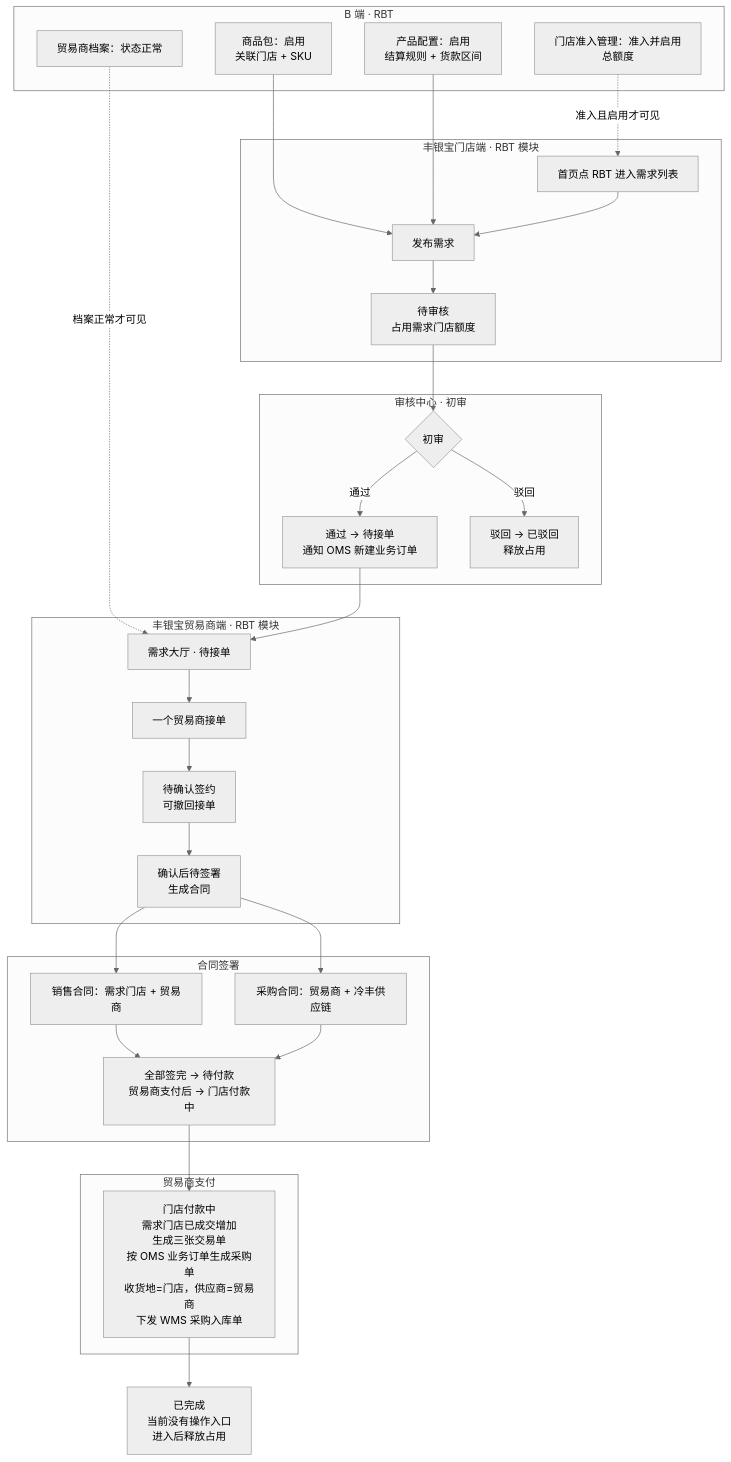
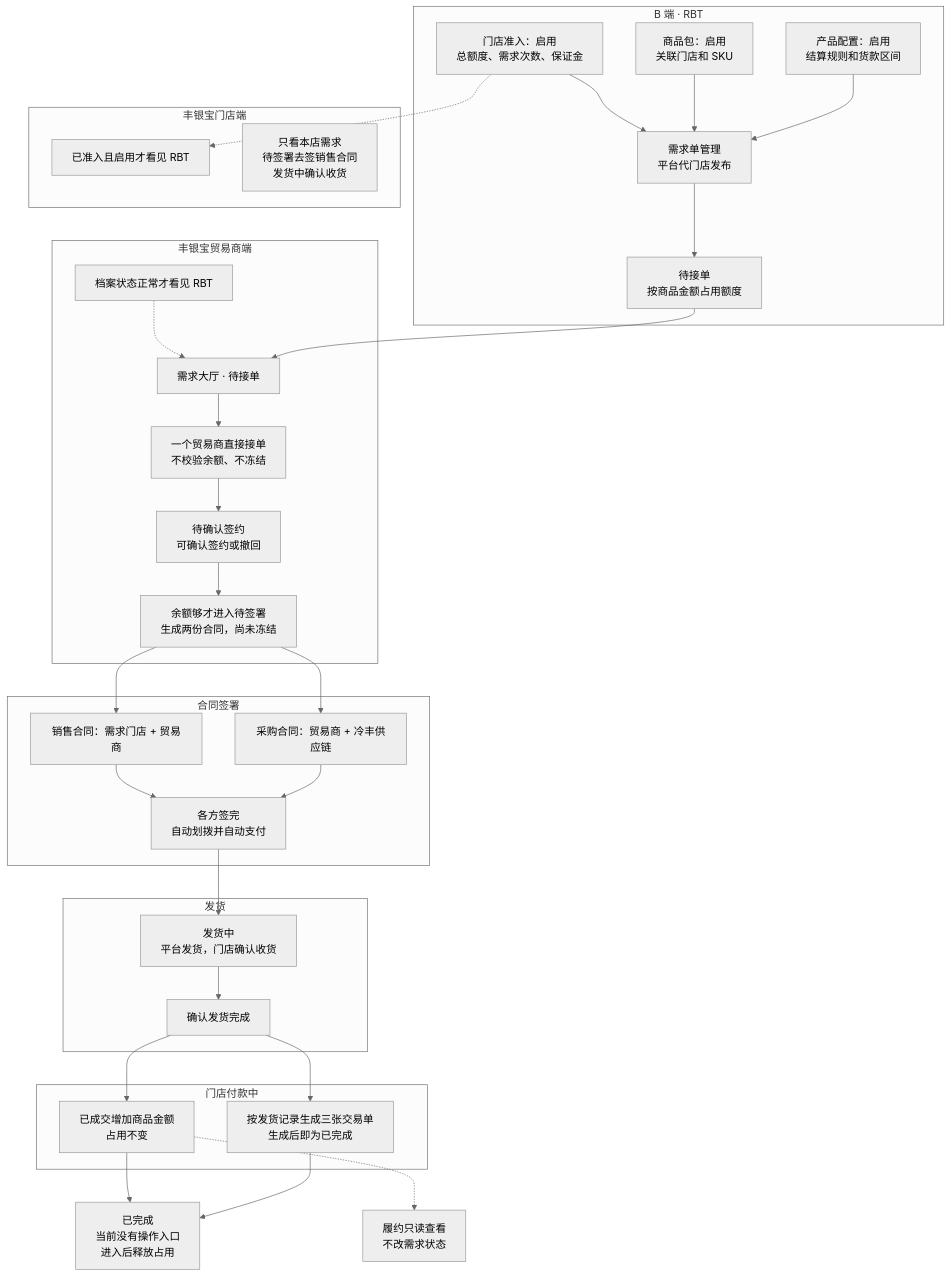
The first of 8 diagrams in RBT/docs/1-整体业务流程图.md (342-droid/LFerp), drawn with Mermaid (neutral theme) before and after one commit. The commit also changed other lines of this file and 42 other files, not shown here.

````diff
--- a/RBT/docs/1-整体业务流程图.md
+++ b/RBT/docs/1-整体业务流程图.md
@@ -15,52 +13,56 @@
 ```mermaid
 flowchart TB
   subgraph B["B 端 · RBT"]
-    A1[门店准入管理：准入并启用<br/>总额度]
-    A2[商品包：启用<br/>关联门店 + SKU]
-    A3[产品配置：启用<br/>结算规则 + 货款区间]
-    A4[贸易商档案：状态正常]
+    A1[门店准入：启用<br/>总额度、需求次数、保证金]
+    A2[商品包：启用<br/>关联门店和 SKU]
+    A3[产品配置：启用<br/>结算规则和货款区间]
+    A5[需求单管理<br/>平台代门店发布]
+    B3[待接单<br/>按商品金额占用额度]
   end
 
-  subgraph STORE["丰银宝门店端 · RBT 模块"]
-    B1[首页点 RBT 进入需求列表]
-    B2[发布需求]
-    B3[待审核<br/>占用需求门店额度]
+  subgraph STORE["丰银宝门店端"]
+    H1[已准入且启用才看见 RBT]
+    H2[只看本店需求<br/>待签署去签销售合同<br/>发货中确认收货]
   end
 
-  subgraph AUD1["审核中心 · 初审"]
-    C1{初审}
-    C2[通过 → 待接单<br/>通知 OMS 新建业务订单]
-    C3[驳回 → 已驳回<br/>释放占用]
-  end
-
-  subgraph TRADER["丰银宝贸易商端 · RBT 模块"]
+  subgraph TRADER["丰银宝贸易商端"]
+    D0[档案状态正常才看见 RBT]
     D1[需求大厅 · 待接单]
-    D2[一个贸易商接单]
-    D2b[待确认签约<br/>可撤回接单]
-    D3[确认后待签署<br/>生成合同]
+    D2[一个贸易商直接接单<br/>不校验余额、不冻结]
+    D2b[待确认签约<br/>可确认签约或撤回]
+    D3[余额够才进入待签署<br/>生成两份合同，尚未冻结]
   end
 
   subgraph SIGN["合同签署"]
     E2[销售合同：需求门店 + 贸易商]
     E3[采购合同：贸易商 + 冷丰供应链]
-    E4[全部签完 → 待付款<br/>贸易商支付后 → 门店付款中]
+    E4[各方签完<br/>自动划拨并自动支付]
   end
 
-  subgraph PAY["贸易商支付"]
-    F2[门店付款中<br/>需求门店已成交增加<br/>生成三张交易单<br/>按 OMS 业务订单生成采购单<br/>收货地=门店，供应商=贸易商<br/>下发 WMS 采购入库单]
+  subgraph SHIP["发货"]
+    S1[发货中<br/>平台发货，门店确认收货]
+    S2[确认发货完成]
   end
 
-  A1 -.->|准入且启用才可见| B1
-  A4 -.->|档案正常才可见| D1
-  A2 --> B2
-  A3 --> B2
-  B1 --> B2 --> B3 --> C1
-  C1 -->|通过| C2 --> D1 --> D2 --> D2b --> D3
-  C1 -->|驳回| C3
+  subgraph PAY["门店付款中"]
+    F1[已成交增加商品金额<br/>占用不变]
+    F2[按发货记录生成三张交易单<br/>生成后即为已完成]
+  end
+
+  A1 --> A5
+  A2 --> A5
+  A3 --> A5
+  A1 -.-> H1
+  D0 -.-> D1
+  A5 --> B3 --> D1 --> D2 --> D2b --> D3
   D3 --> E2
   D3 --> E3
   E2 --> E4
   E3 --> E4
-  E4 --> F2
-  F2 --> G1[已完成<br/>当前没有操作入口<br/>进入后释放占用]
+  E4 --> S1 --> S2
+  S2 --> F1
+  S2 --> F2
+  F1 --> G1[已完成<br/>当前没有操作入口<br/>进入后释放占用]
+  F2 --> G1
+  F1 -.-> P1[履约只读查看<br/>不改需求状态]
 ```
````
